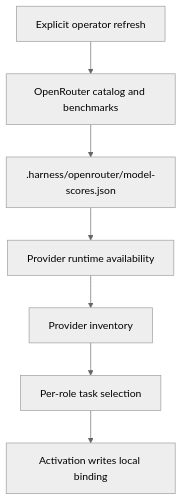
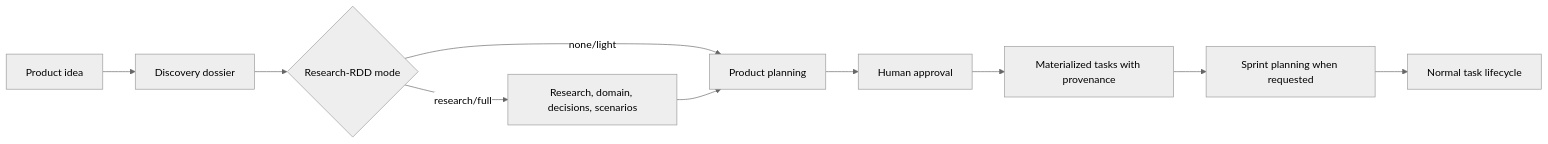
One commit to mar-romero/harness changed the third of 3 diagrams in README.md. Above: the diagram before and after it, drawn with Mermaid (neutral theme). The commit also changed other lines of this file and 56 other files, not shown here.

Commit message:
docs: document harness folders and lifecycle

````diff
--- a/README.md
+++ b/README.md
@@ -100,9 +116,12 @@
 ```mermaid
-flowchart TD
-    A[Explicit operator refresh] --> B[OpenRouter catalog and benchmarks]
-    B --> C[.harness/openrouter/model-scores.json]
-    C --> D[Provider runtime availability]
-    D --> E[Provider inventory]
-    E --> F[Per-role task selection]
-    F --> G[Activation writes local binding]
+flowchart LR
+    I[Product idea] --> D[Discovery dossier]
+    D --> R{Research-RDD mode}
+    R -->|none/light| P[Product planning]
+    R -->|research/full| X[Research, domain, decisions, scenarios]
+    X --> P
+    P --> A[Human approval]
+    A --> M[Materialized tasks with provenance]
+    M --> S[Sprint planning when requested]
+    S --> T[Normal task lifecycle]
 ```
````
